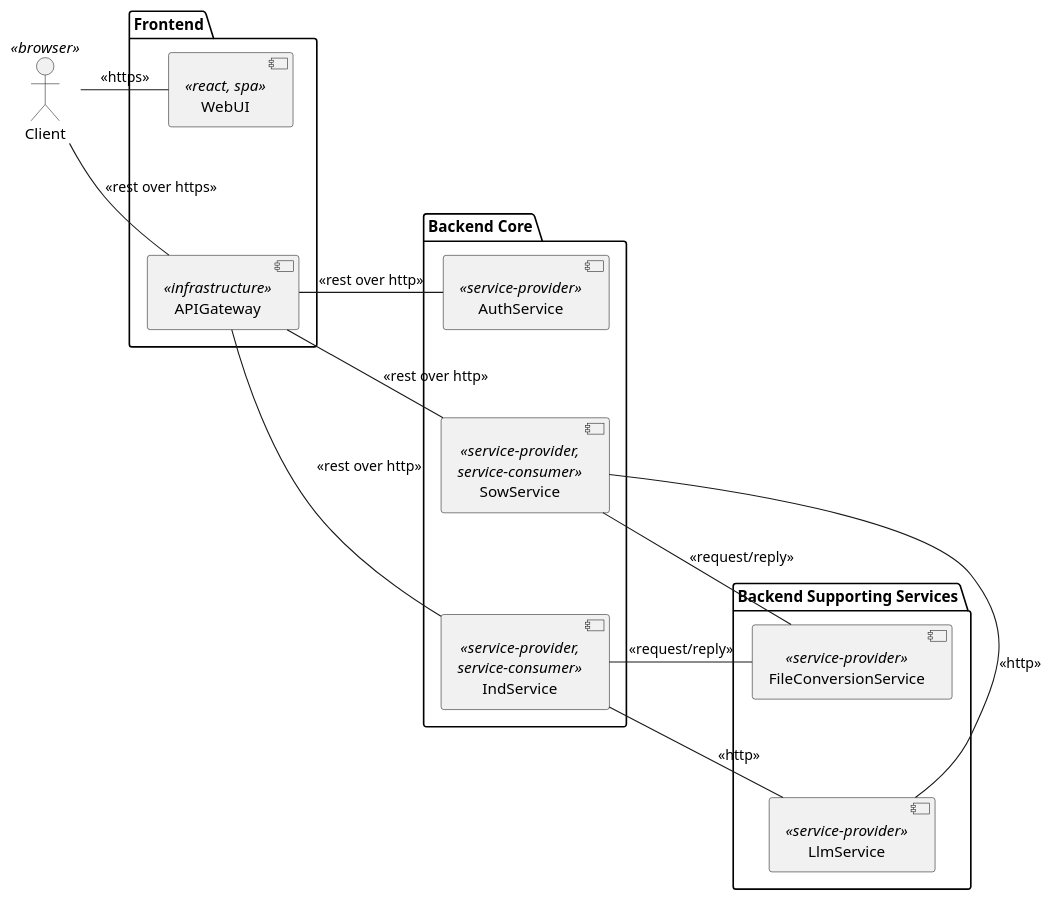
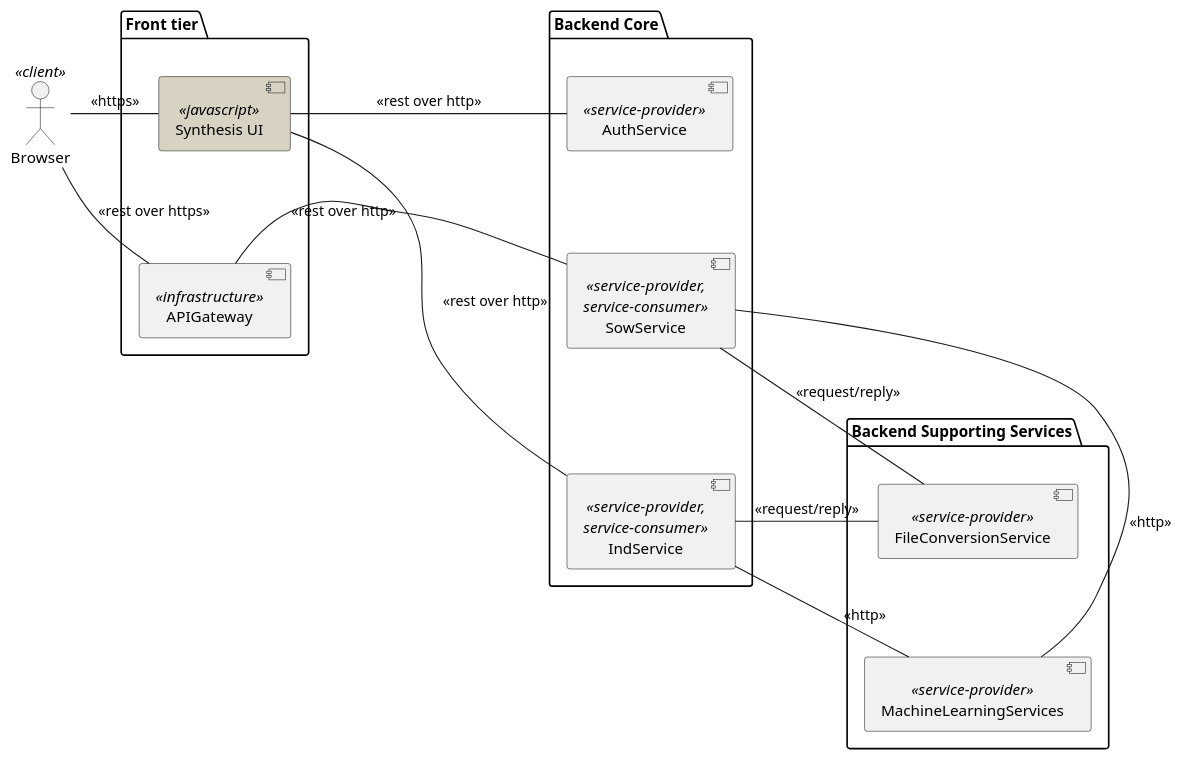
Before and after one commit to nruzic-rokolabs/dhc-synthesis-docs: the third of 12 diagrams in architecture-description.adoc, drawn with PlantUML. The commit also changed other lines of this file, not shown here.

```diff
--- a/architecture-description.adoc
+++ b/architecture-description.adoc
@@ -258,39 +316,39 @@
 [plantuml]
 ....
 @startuml
 top to bottom direction
 
-actor Client <<browser>>
+actor Browser <<client>>
 
-package "Frontend" {
- component WebUI <<react, spa>>
+package "Front tier" {
+ component WebUI as "Synthesis UI" <<javascript>> #D8D2C2
  component APIGateway <<infrastructure>>
  APIGateway -u[hidden]- WebUI
 }
 
 package "Backend Core" {
  component AuthService <<service-provider>>
  component IndService <<service-provider,\nservice-consumer>>
  component SowService <<service-provider,\nservice-consumer>>
 }
 
 package "Backend Supporting Services" {
  component FileConversionService <<service-provider>>
- component LlmService <<service-provider>>
- LlmService -u[hidden]- FileConversionService
+ component MachineLearningServices <<service-provider>>
+ MachineLearningServices -u[hidden]- FileConversionService
 }
 
 
-Client -r- WebUI :<<https>>
-Client -r- APIGateway :<<rest over https>>
-APIGateway -r- AuthService :<<rest over http>>
-APIGateway -r- IndService :<<rest over http>>
+Browser -r- WebUI :<<https>>
+Browser -r- APIGateway :<<rest over https>>
+WebUI -r- AuthService :<<rest over http>>
+WebUI -r- IndService :<<rest over http>>
 SowService -u[hidden]- AuthService
 SowService -d[hidden]- IndService
 SowService -r- FileConversionService :<<request/reply>>
-SowService -r- LlmService :<<http>>
+SowService -r- MachineLearningServices :<<http>>
 SowService -l- APIGateway  :<<rest over http>>
 IndService -r- FileConversionService :<<request/reply>>
-IndService -r- LlmService :<<http>>
+IndService -r- MachineLearningServices :<<http>>
 @enduml
 ....
```
